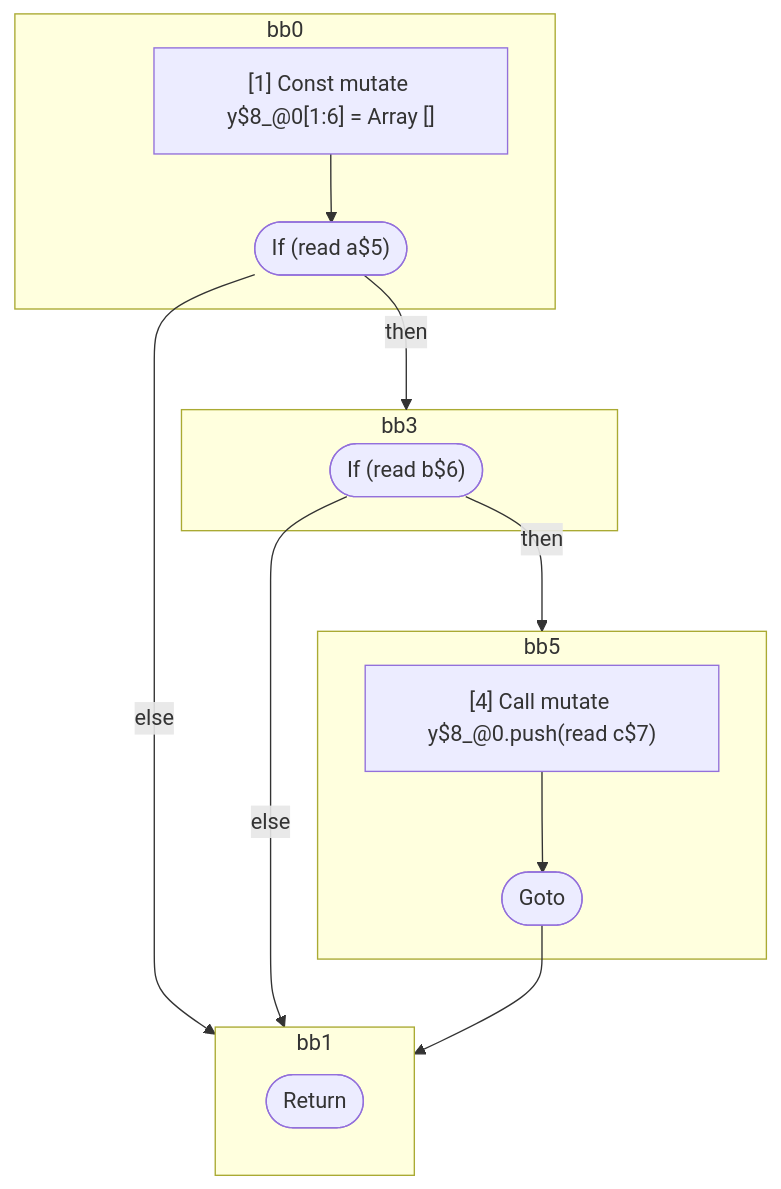
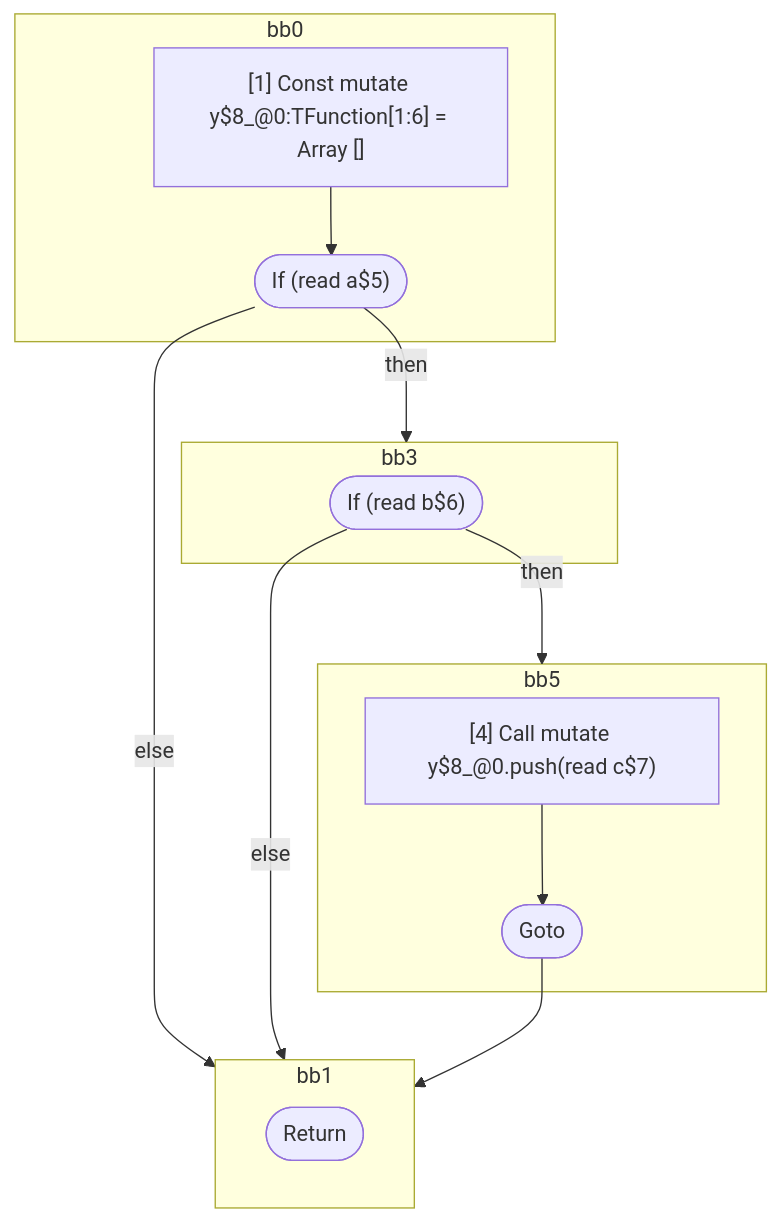
The diagram in compiler/forget/src/__tests__/fixtures/hir/inverted-if.expect.md (wutsmog/private), drawn with Mermaid before and after one commit. The commit also changed other lines of this file and 112 other files, not shown here.

````diff
--- a/compiler/forget/src/__tests__/fixtures/hir/inverted-if.expect.md
+++ b/compiler/forget/src/__tests__/fixtures/hir/inverted-if.expect.md
@@ -62,30 +62,30 @@
 ```mermaid
 flowchart TB
   %% Basic Blocks
   subgraph bb0
     bb0_instrs["
-      [1] Const mutate y$8_@0[1:6] = Array []
+      [1] Const mutate y$8_@0:TFunction[1:6] = Array []
     "]
     bb0_instrs --> bb0_terminal(["If (read a$5)"])
   end
   subgraph bb3
     bb3_terminal(["If (read b$6)"])
   end
   subgraph bb5
     bb5_instrs["
       [4] Call mutate y$8_@0.push(read c$7)
     "]
     bb5_instrs --> bb5_terminal(["Goto"])
   end
   subgraph bb1
     bb1_terminal(["Return"])
   end
 
   %% Jumps
   bb0_terminal -- "then" --> bb3
   bb0_terminal -- "else" --> bb1
   bb3_terminal -- "then" --> bb5
   bb3_terminal -- "else" --> bb1
   bb5_terminal --> bb1
 
 ```
````
